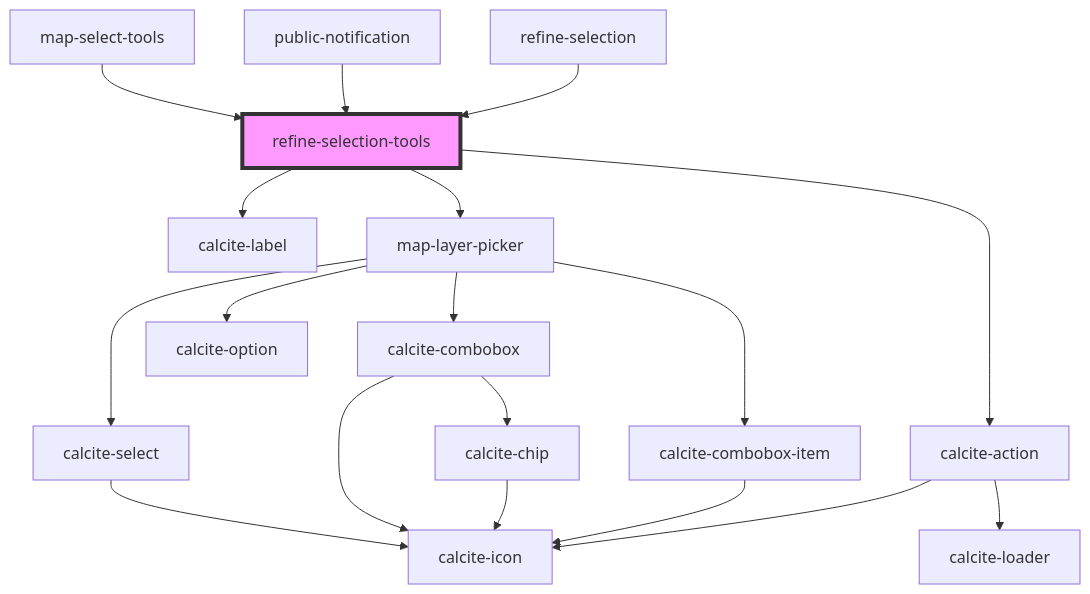
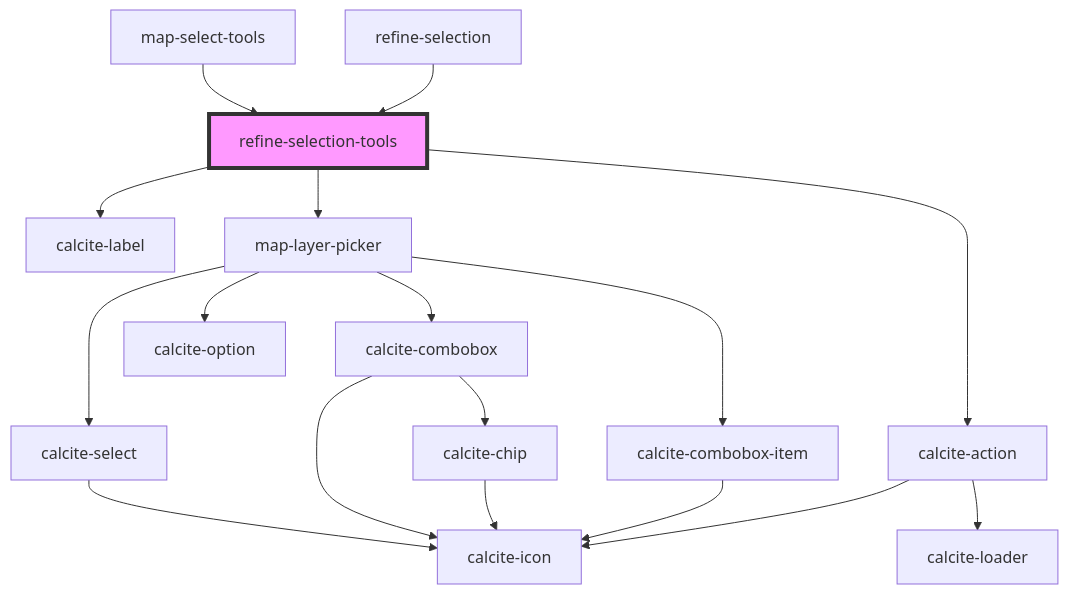
One commit to Esri/solutions-components changed the diagram in src/components/refine-selection-tools/readme.md. Above: the diagram before and after it, drawn with Mermaid. The commit also changed other lines of this file and 21 other files, not shown here.

Commit message:
move new-public-notification to public-notification

````diff
--- a/src/components/refine-selection-tools/readme.md
+++ b/src/components/refine-selection-tools/readme.md
@@ -70,21 +69,20 @@
 ```mermaid
 graph TD;
   refine-selection-tools --> calcite-label
   refine-selection-tools --> map-layer-picker
   refine-selection-tools --> calcite-action
   map-layer-picker --> calcite-select
   map-layer-picker --> calcite-combobox
   map-layer-picker --> calcite-combobox-item
   map-layer-picker --> calcite-option
   calcite-select --> calcite-icon
   calcite-combobox --> calcite-chip
   calcite-combobox --> calcite-icon
   calcite-chip --> calcite-icon
   calcite-combobox-item --> calcite-icon
   calcite-action --> calcite-loader
   calcite-action --> calcite-icon
   map-select-tools --> refine-selection-tools
-  public-notification --> refine-selection-tools
   refine-selection --> refine-selection-tools
   style refine-selection-tools fill:#f9f,stroke:#333,stroke-width:4px
 ```
````
